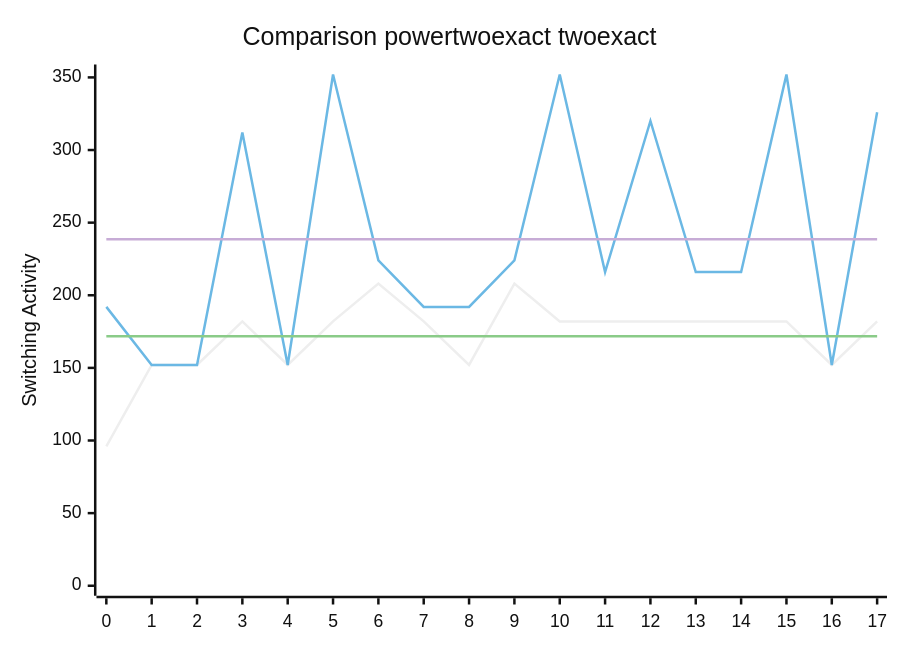
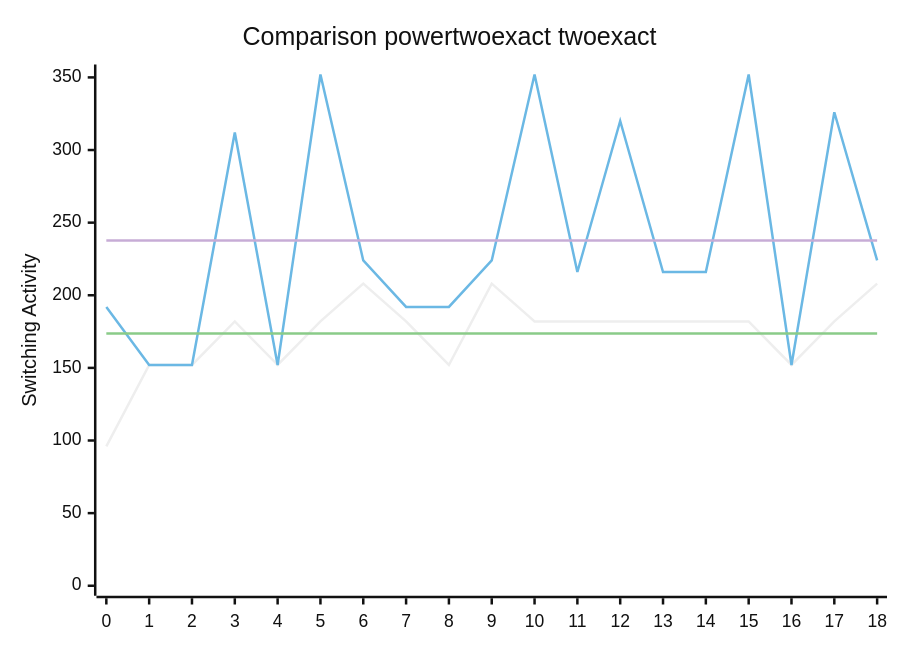
Before and after one commit to FeldmeierMichael/Exact-Power-Synthesis: the diagram in benchmark.md, drawn with Mermaid (neutral theme). The commit also changed other lines of this file and 2 other files, not shown here.

````diff
--- a/benchmark.md
+++ b/benchmark.md
@@ -39,10 +41,10 @@
 ```mermaid
 xychart-beta
     title "Comparison powertwoexact twoexact"
-    x-axis [0, 1, 2, 3, 4, 5, 6, 7, 8, 9, 10, 11, 12, 13, 14, 15, 16, 17]
+    x-axis [0, 1, 2, 3, 4, 5, 6, 7, 8, 9, 10, 11, 12, 13, 14, 15, 16, 17, 18]
     y-axis "Switching Activity" 0-->352
-    line [96, 152, 152, 182, 152, 182, 208, 182, 152, 208, 182, 182, 182, 182, 182, 182, 152, 182]
-    line [192, 152, 152, 312, 152, 352, 224, 192, 192, 224, 352, 216, 320, 216, 216, 352, 152, 326]
-    line [171.77777777777777, 171.77777777777777, 171.77777777777777, 171.77777777777777, 171.77777777777777, 171.77777777777777, 171.77777777777777, 171.77777777777777, 171.77777777777777, 171.77777777777777, 171.77777777777777, 171.77777777777777, 171.77777777777777, 171.77777777777777, 171.77777777777777, 171.77777777777777, 171.77777777777777, 171.77777777777777]
-    line [238.55555555555554, 238.55555555555554, 238.55555555555554, 238.55555555555554, 238.55555555555554, 238.55555555555554, 238.55555555555554, 238.55555555555554, 238.55555555555554, 238.55555555555554, 238.55555555555554, 238.55555555555554, 238.55555555555554, 238.55555555555554, 238.55555555555554, 238.55555555555554, 238.55555555555554, 238.55555555555554]
+    line [96, 152, 152, 182, 152, 182, 208, 182, 152, 208, 182, 182, 182, 182, 182, 182, 152, 182, 208]
+    line [192, 152, 152, 312, 152, 352, 224, 192, 192, 224, 352, 216, 320, 216, 216, 352, 152, 326, 224]
+    line [173.68421052631578, 173.68421052631578, 173.68421052631578, 173.68421052631578, 173.68421052631578, 173.68421052631578, 173.68421052631578, 173.68421052631578, 173.68421052631578, 173.68421052631578, 173.68421052631578, 173.68421052631578, 173.68421052631578, 173.68421052631578, 173.68421052631578, 173.68421052631578, 173.68421052631578, 173.68421052631578, 173.68421052631578]
+    line [237.78947368421052, 237.78947368421052, 237.78947368421052, 237.78947368421052, 237.78947368421052, 237.78947368421052, 237.78947368421052, 237.78947368421052, 237.78947368421052, 237.78947368421052, 237.78947368421052, 237.78947368421052, 237.78947368421052, 237.78947368421052, 237.78947368421052, 237.78947368421052, 237.78947368421052, 237.78947368421052, 237.78947368421052]
 ```
````
